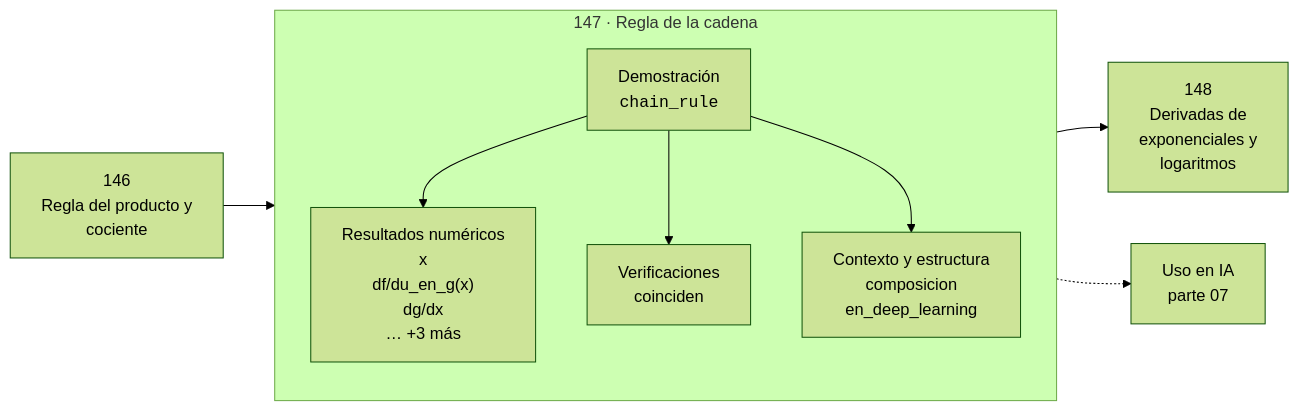
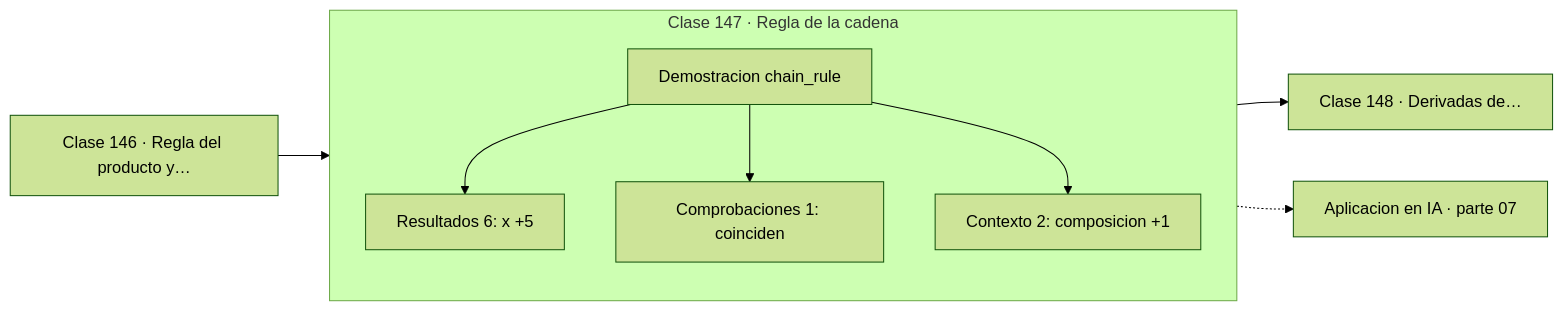
One commit to vladimiracunadev-create/computational-mathematics-program changed the diagram in classes/part-07-calculo-diferencial-e-integral/147-regla-de-la-cadena/README.md. Above: the diagram before and after it, drawn with Mermaid (forest theme). The commit also changed 389 other files, not shown here.

First line of the commit message:
fix(diagramas): elimina el HTML de las etiquetas Mermaid

````diff
--- a/classes/part-07-calculo-diferencial-e-integral/147-regla-de-la-cadena/README.md
+++ b/classes/part-07-calculo-diferencial-e-integral/147-regla-de-la-cadena/README.md
@@ -30,12 +30,13 @@
 ```mermaid
 flowchart LR
-    P["146<br/>Regla del producto y<br/>cociente"] --> C
-    subgraph C["147 · Regla de la cadena"]
+    P["Clase 146 · Regla del producto y…"] --> D
+    subgraph CLASE["Clase 147 · Regla de la cadena"]
         direction TB
-        D["Demostración<br/><code>chain_rule</code>"] --> R["Resultados numéricos<br/>x<br/>df/du_en_g(x)<br/>dg/dx<br/>… +3 más"]
-        D --> V["Verificaciones<br/>coinciden"]
-        D --> O["Contexto y estructura<br/>composicion<br/>en_deep_learning"]
+        D["Demostracion chain_rule"]
+        D --> R["Resultados 6: x +5"]
+        D --> V["Comprobaciones 1: coinciden"]
+        D --> O["Contexto 2: composicion +1"]
     end
-    C --> N["148<br/>Derivadas de<br/>exponenciales y<br/>logaritmos"]
-    C -.-> IA["Uso en IA<br/>parte 07"]
+    R --> N["Clase 148 · Derivadas de…"]
+    V -.-> IA["Aplicacion en IA · parte 07"]
 ```
````
